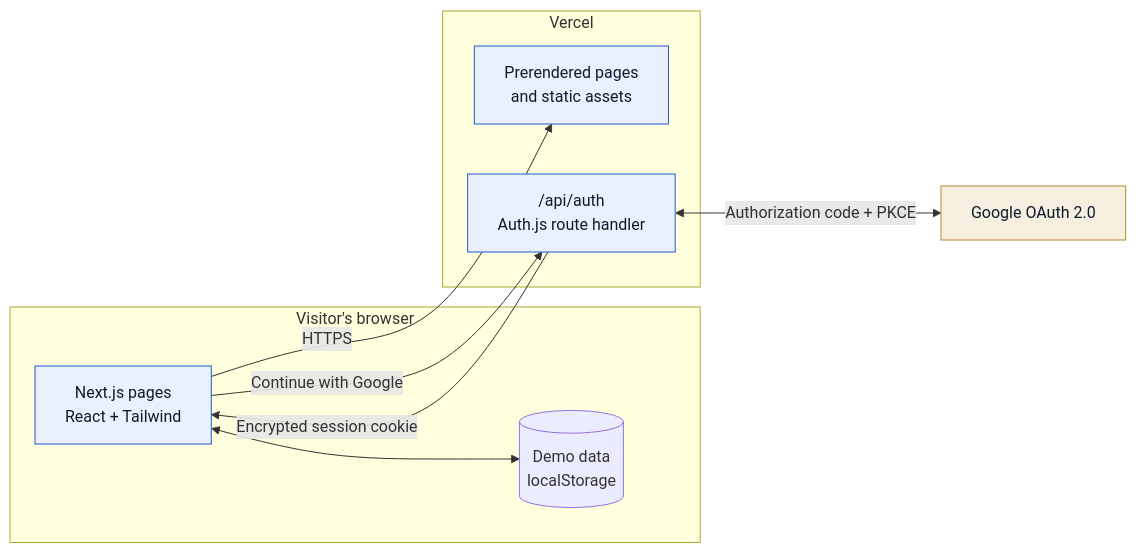
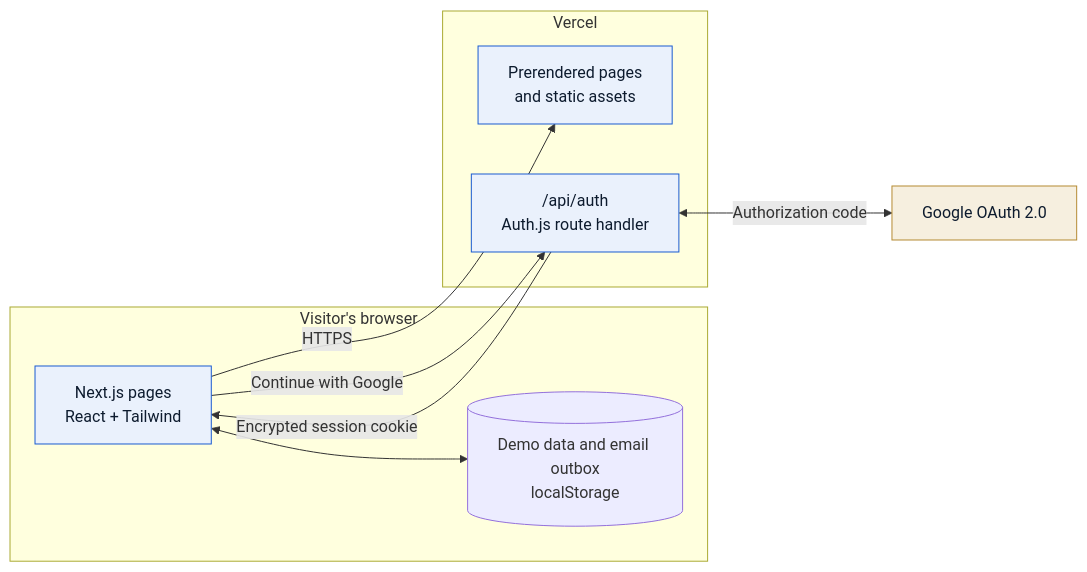
One commit to stevenGGG23/vr-radiology-certification changed the first of 4 diagrams in README.md. Above: the diagram before and after it, drawn with Mermaid. The commit also changed other lines of this file and 16 other files, not shown here.

````diff
--- a/README.md
+++ b/README.md
@@ -62,23 +69,23 @@
 ```mermaid
 flowchart LR
   subgraph Browser["Visitor's browser"]
     UI["Next.js pages<br/>React + Tailwind"]
-    Store[("Demo data<br/>localStorage")]
+    Store[("Demo data and email outbox<br/>localStorage")]
     UI <--> Store
   end
   subgraph Vercel["Vercel"]
     Pages["Prerendered pages<br/>and static assets"]
     AuthRoute["/api/auth<br/>Auth.js route handler"]
   end
   Google["Google OAuth 2.0"]
 
   UI -- "HTTPS" --> Pages
   UI -- "Continue with Google" --> AuthRoute
-  AuthRoute <-- "Authorization code + PKCE" --> Google
+  AuthRoute <-- "Authorization code" --> Google
   AuthRoute -- "Encrypted session cookie" --> UI
 
   classDef ext fill:#f6efdf,stroke:#b58b33,color:#0d1b2e
   classDef app fill:#eaf1fc,stroke:#1a5bd0,color:#0d1b2e
   class Google ext
   class UI,Pages,AuthRoute app
 ```
````
